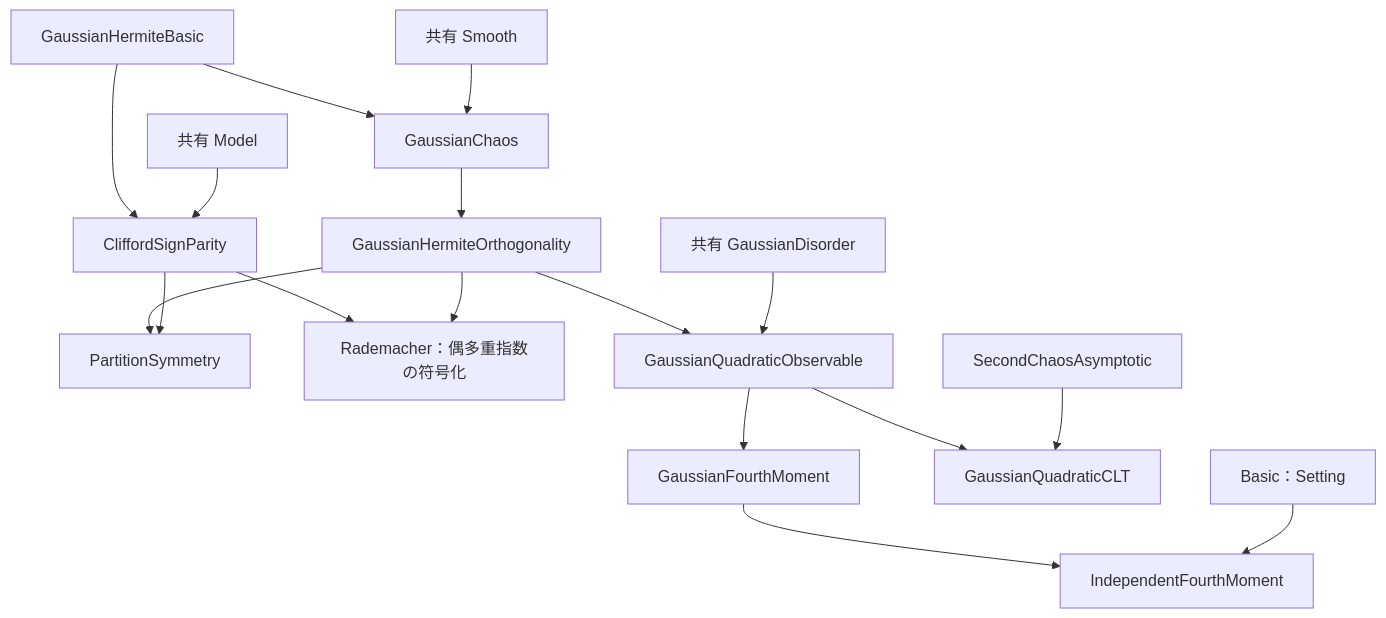
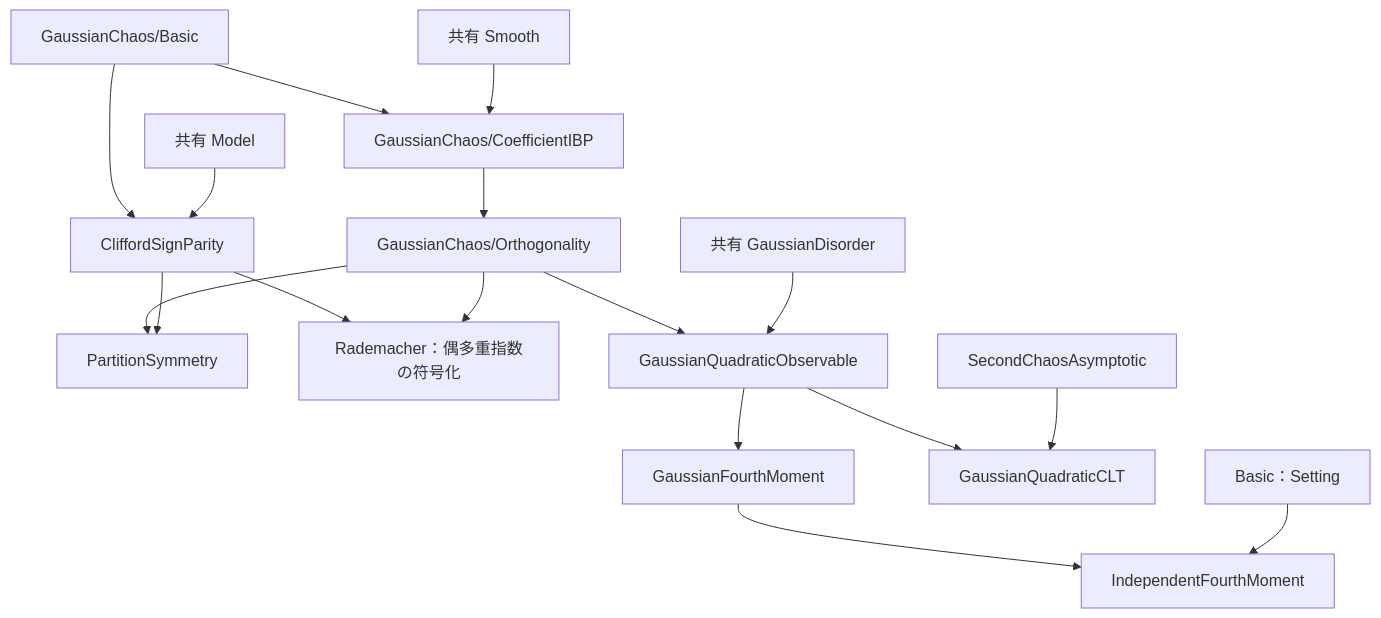
The first of 3 diagrams in SYK/CLT/ARCHITECTURE.md (TokyoProbabilityGroup/SYK_CLT), drawn with Mermaid before and after one commit. The commit also changed other lines of this file and 39 other files, not shown here.

````diff
--- a/SYK/CLT/ARCHITECTURE.md
+++ b/SYK/CLT/ARCHITECTURE.md
@@ -89,19 +91,19 @@
 ```mermaid
 flowchart TD
-    basic["GaussianHermiteBasic"] --> chaos["GaussianChaos"]
+    basic["GaussianChaos/Basic"] --> chaos["GaussianChaos/CoefficientIBP"]
     basic --> parity["CliffordSignParity"]
     smooth["共有 Smooth"] --> chaos
     model["共有 Model"] --> parity
-    chaos --> orth["GaussianHermiteOrthogonality"]
+    chaos --> orth["GaussianChaos/Orthogonality"]
     orth --> prelim["PartitionSymmetry"]
     parity --> prelim
     parity --> rademacher["Rademacher：偶多重指数の符号化"]
     orth --> rademacher
     orth --> observable["GaussianQuadraticObservable"]
     disorder["共有 GaussianDisorder"] --> observable
     observable --> fourth["GaussianFourthMoment"]
     observable --> quadratic["GaussianQuadraticCLT"]
     asymptotic["SecondChaosAsymptotic"] --> quadratic
     fourth --> independent["IndependentFourthMoment"]
     setting["Basic：Setting"] --> independent
 ```
````
